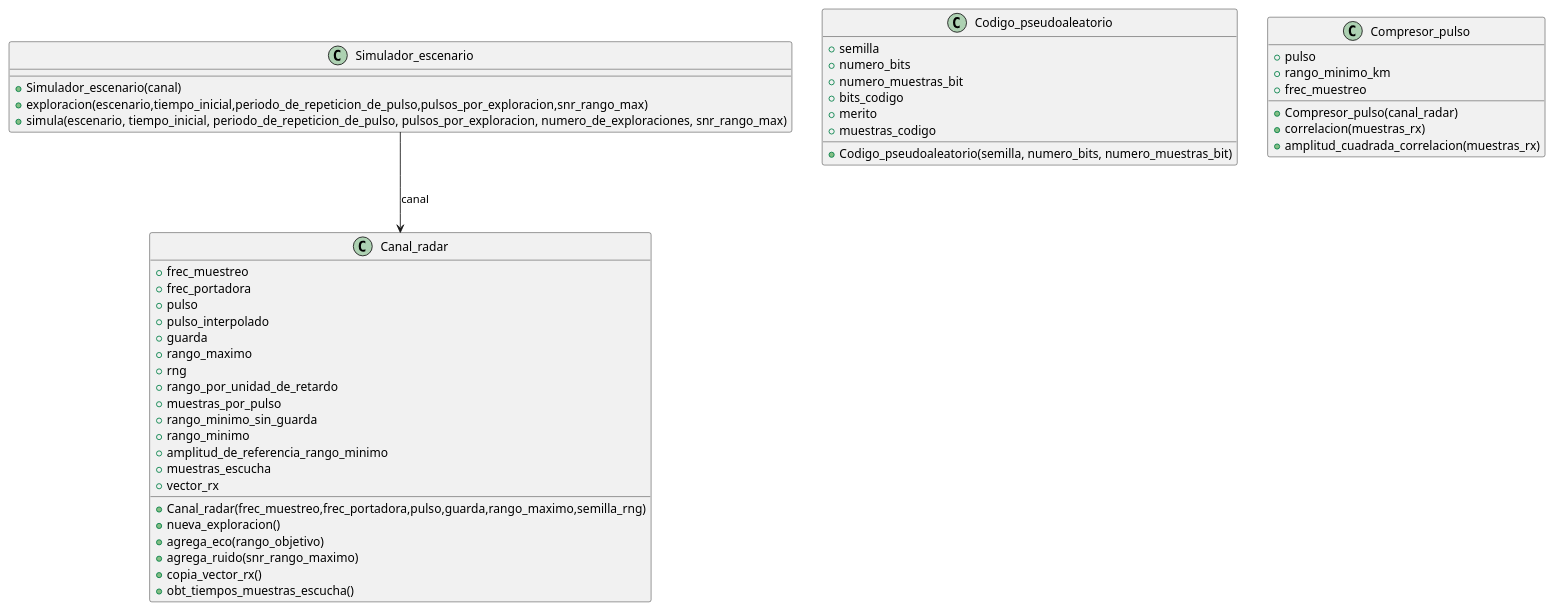
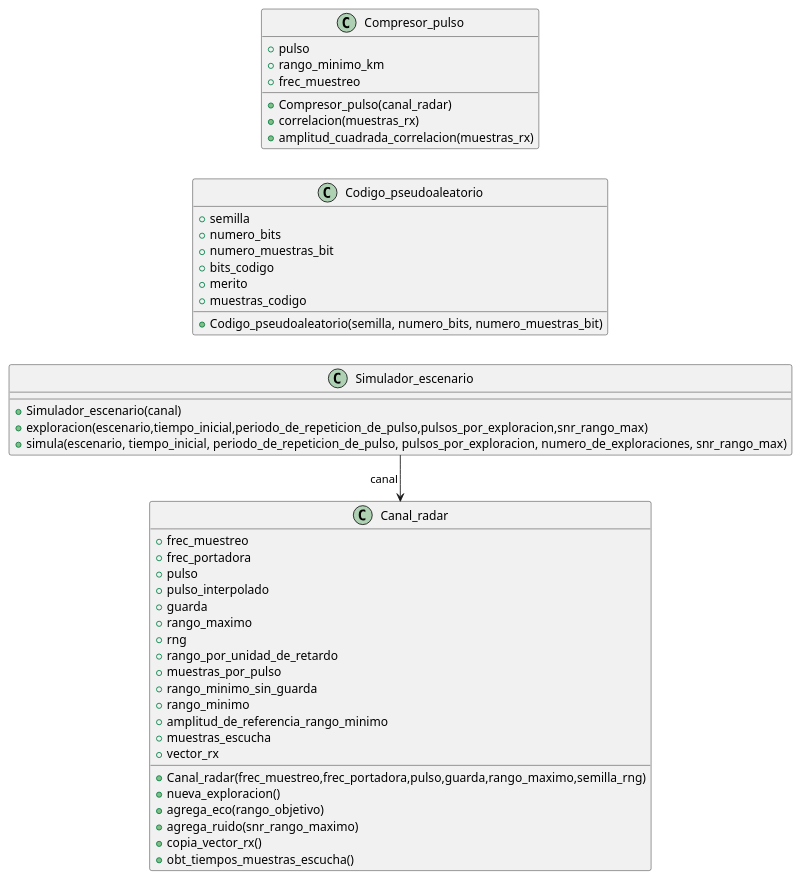
Before and after one commit to MariaIsabel2025/simulador_oth: the diagram in radar.puml, drawn with PlantUML.

Commit message:
Layout vertical

```diff
--- a/radar.puml
+++ b/radar.puml
@@ -1,47 +1,48 @@
 @startuml
+left to right direction
 class Canal_radar{
 + frec_muestreo
 + frec_portadora
 + pulso
 + pulso_interpolado
 + guarda
 + rango_maximo
 + rng
 + rango_por_unidad_de_retardo
 + muestras_por_pulso
 + rango_minimo_sin_guarda
 + rango_minimo
 + amplitud_de_referencia_rango_minimo
 + muestras_escucha
 + vector_rx
 + Canal_radar(frec_muestreo,frec_portadora,pulso,guarda,rango_maximo,semilla_rng)
 + nueva_exploracion()
 + agrega_eco(rango_objetivo)
 + agrega_ruido(snr_rango_maximo)
 + copia_vector_rx()
 + obt_tiempos_muestras_escucha()
 }
 class Simulador_escenario{
 + Simulador_escenario(canal)
 + exploracion(escenario,tiempo_inicial,periodo_de_repeticion_de_pulso,pulsos_por_exploracion,snr_rango_max)
 + simula(escenario, tiempo_inicial, periodo_de_repeticion_de_pulso, pulsos_por_exploracion, numero_de_exploraciones, snr_rango_max)
 }
-Simulador_escenario --> Canal_radar : canal
+Simulador_escenario -right-> Canal_radar : "canal    "
 class Codigo_pseudoaleatorio{
 + semilla
 + numero_bits
 + numero_muestras_bit
 + bits_codigo
 + merito
 + muestras_codigo
 + Codigo_pseudoaleatorio(semilla, numero_bits, numero_muestras_bit)
 }
 class Compresor_pulso{
 + pulso
 + rango_minimo_km
 + frec_muestreo
 + Compresor_pulso(canal_radar)
 + correlacion(muestras_rx)
 + amplitud_cuadrada_correlacion(muestras_rx)
 }
 @enduml
```
